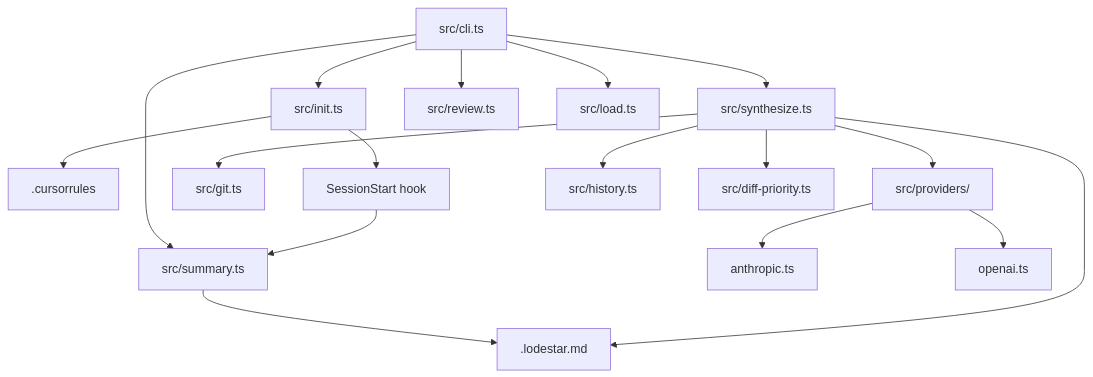
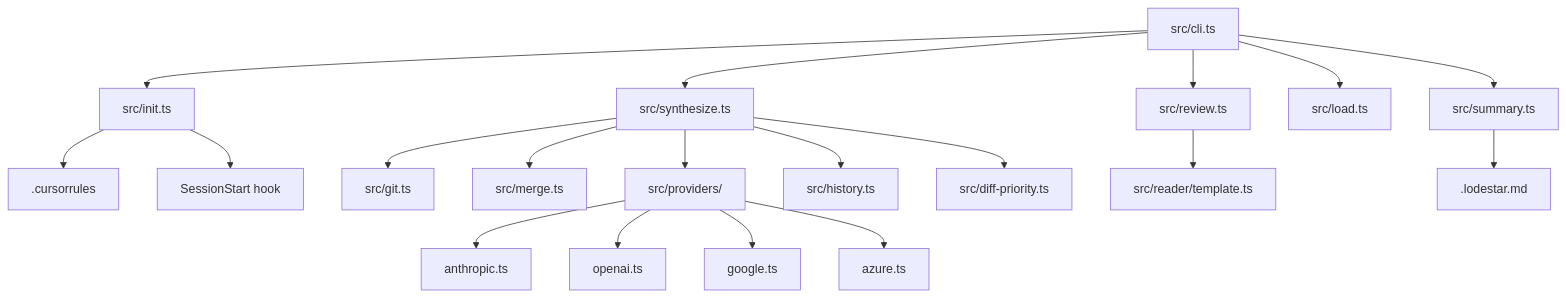
Before and after one commit to Kgard/LodeStar: the first of 3 diagrams in .lodestar.md, drawn with Mermaid. The commit also changed other lines of this file, not shown here.

Commit message:
chore: update session context via lodestar end

````diff
--- a/.lodestar.md
+++ b/.lodestar.md
@@ -70,19 +124,21 @@
 ```mermaid
 graph TD
     CLI[src/cli.ts] --> INIT[src/init.ts]
     CLI --> SYNTH[src/synthesize.ts]
     CLI --> REVIEW[src/review.ts]
     CLI --> LOAD[src/load.ts]
     CLI --> SUMMARY[src/summary.ts]
     INIT --> CURSORRULES[.cursorrules]
     INIT --> HOOK[SessionStart hook]
     SYNTH --> GIT[src/git.ts]
+    SYNTH --> MERGE[src/merge.ts]
     SYNTH --> PROVIDERS[src/providers/]
     SYNTH --> HISTORY[src/history.ts]
     SYNTH --> DIFFPRI[src/diff-priority.ts]
     PROVIDERS --> ANTHROPIC[anthropic.ts]
     PROVIDERS --> OPENAI[openai.ts]
+    PROVIDERS --> GOOGLE[google.ts]
+    PROVIDERS --> AZURE[azure.ts]
+    REVIEW --> TEMPLATE[src/reader/template.ts]
     SUMMARY --> LODESTAR[.lodestar.md]
-    HOOK --> SUMMARY
-    SYNTH --> LODESTAR
 ```
````
